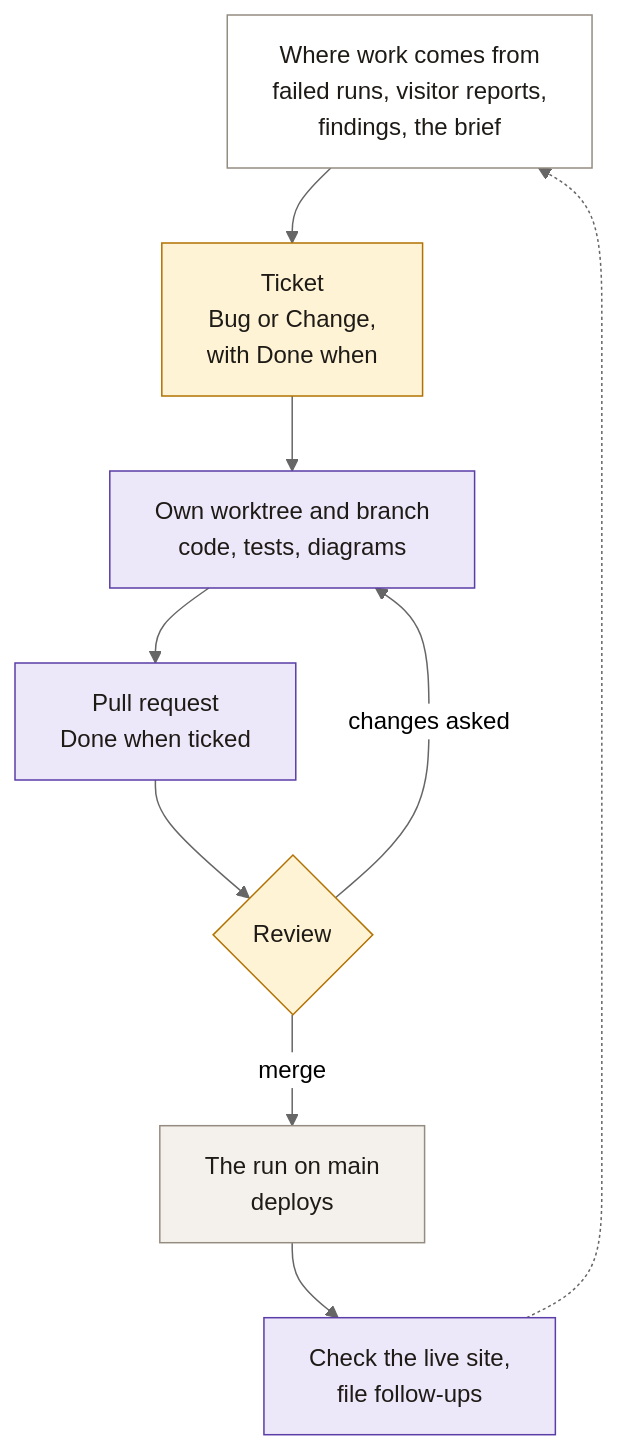
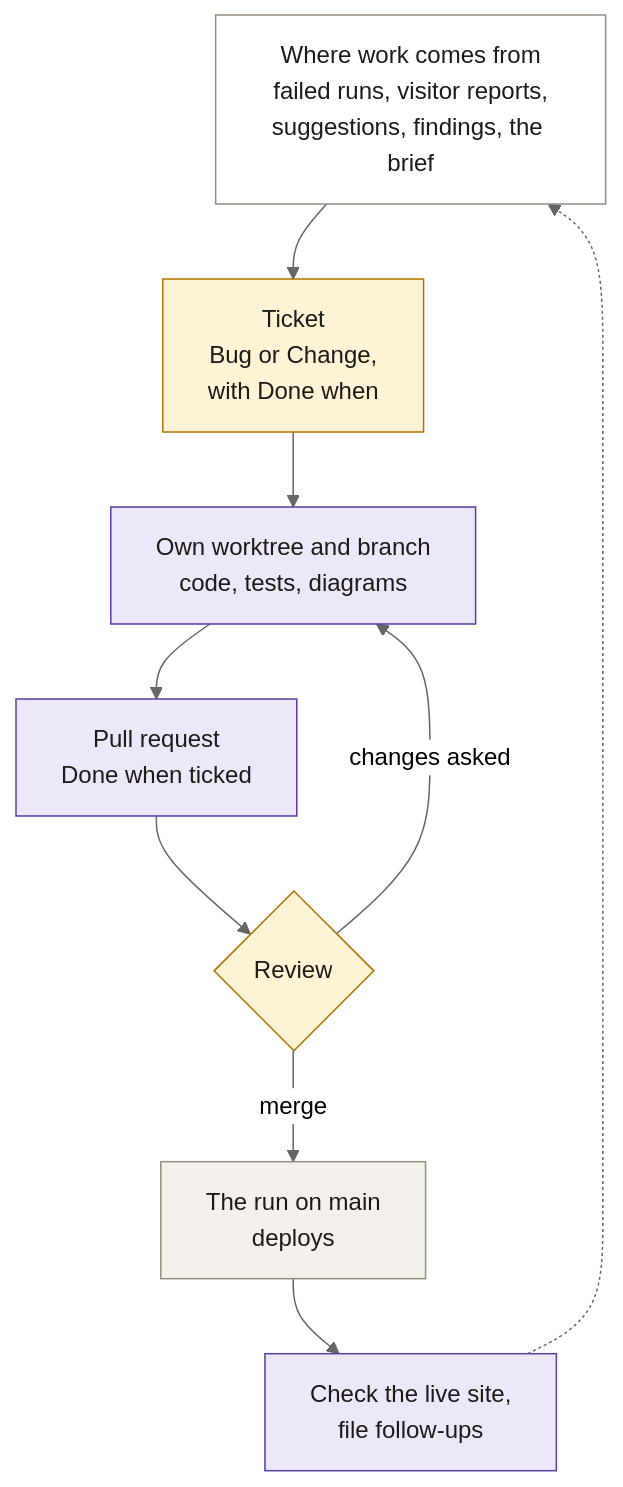
Before and after one commit to taneta/jcmaps: the diagram in docs/routine.md, drawn with Mermaid (neutral theme). The commit also changed other lines of this file and 11 other files, not shown here.

````diff
--- a/docs/routine.md
+++ b/docs/routine.md
@@ -23,18 +24,18 @@
 ```mermaid
 flowchart TD
     %% Mirrors the ticket and pull request rules in AGENTS.md. Update it when the process changes.
-    intake["Where work comes from<br/>failed runs, visitor reports,<br/>findings, the brief"]
+    intake["Where work comes from<br/>failed runs, visitor reports,<br/>suggestions, findings, the brief"]
     intake --> ticket["Ticket<br/>Bug or Change,<br/>with Done when"]:::owner
     ticket --> work["Own worktree and branch<br/>code, tests, diagrams"]:::agent
     work --> pr["Pull request<br/>Done when ticked"]:::agent
     pr --> review{"Review"}:::owner
     review -->|changes asked| work
     review -->|merge| deploy["The run on main<br/>deploys"]:::auto
     deploy --> after["Check the live site,<br/>file follow-ups"]:::agent
     after -.-> intake
 
     classDef default fill:#FFFFFF,stroke:#958C81,color:#1E1B17
     classDef auto fill:#F4F1EC,stroke:#958C81,color:#1E1B17
     classDef agent fill:#EDE7FA,stroke:#5A3DA6,color:#1E1B17
     classDef owner fill:#FFF3D6,stroke:#B27200,color:#1E1B17
 ```
````
